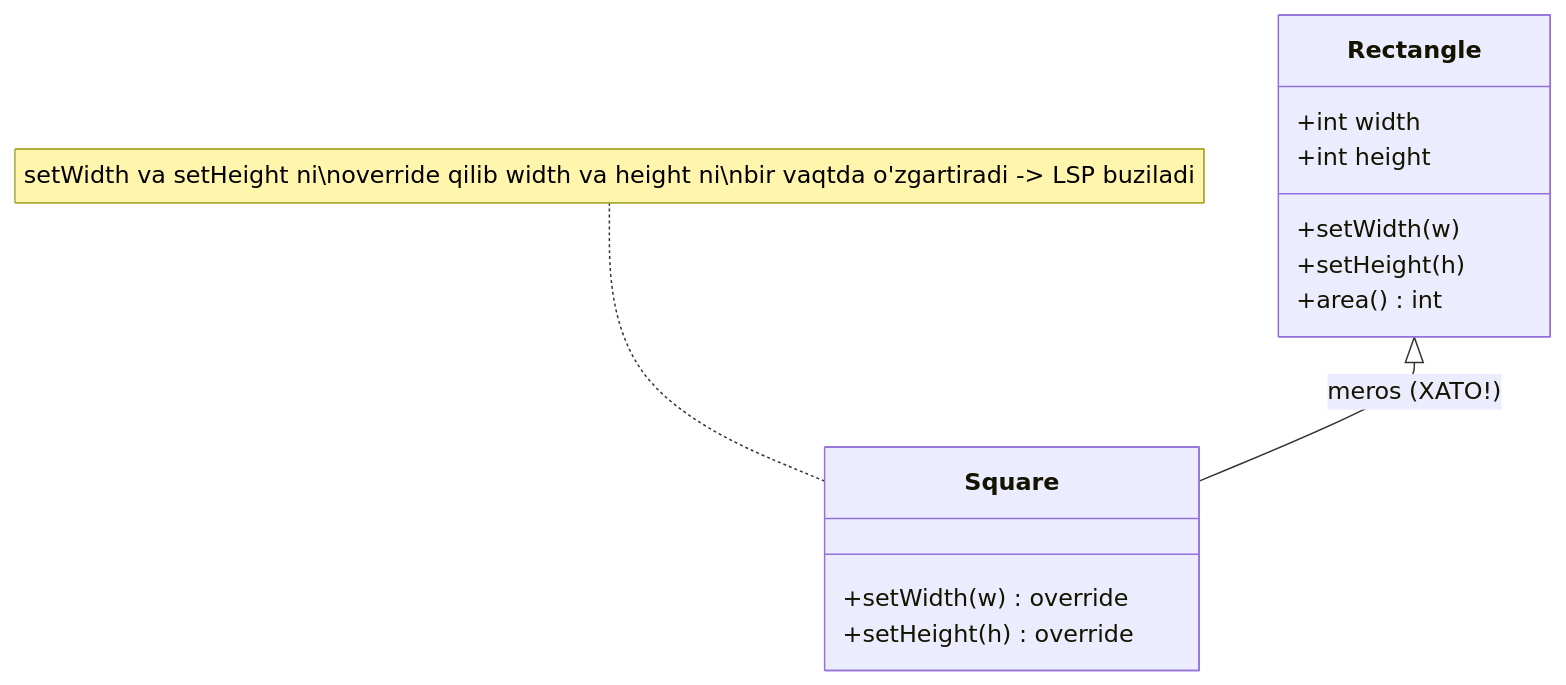
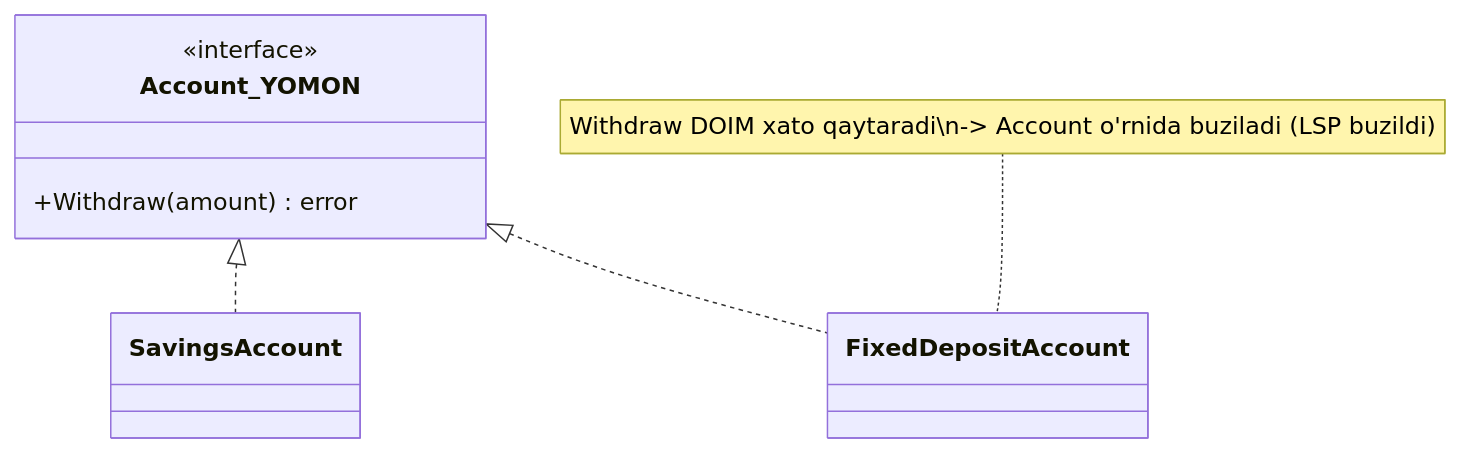
One commit to Otajonoov/dev changed the first of 2 diagrams in Patterns/1. Design Patterns/1. S.O.L.I.D/3. L.md. Above: the diagram before and after it, drawn with Mermaid. The commit also changed other lines of this file and 377 other files, not shown here.

````diff
--- a/Patterns/1. Design Patterns/1. S.O.L.I.D/3. L.md
+++ b/Patterns/1. Design Patterns/1. S.O.L.I.D/3. L.md
@@ -52,16 +243,12 @@
 ```mermaid
 classDiagram
-    class Rectangle {
-        +int width
-        +int height
-        +setWidth(w)
-        +setHeight(h)
-        +area() int
+    class Account_YOMON {
+        <<interface>>
+        +Withdraw(amount) error
     }
-    class Square {
-        +setWidth(w) override
-        +setHeight(h) override
-    }
-    Rectangle <|-- Square : meros (XATO!)
-    note for Square "setWidth va setHeight ni\noverride qilib width va height ni\nbir vaqtda o'zgartiradi -> LSP buziladi"
+    class SavingsAccount
+    class FixedDepositAccount
+    Account_YOMON <|.. SavingsAccount
+    Account_YOMON <|.. FixedDepositAccount
+    note for FixedDepositAccount "Withdraw DOIM xato qaytaradi\n-> Account o'rnida buziladi (LSP buzildi)"
 ```
````
